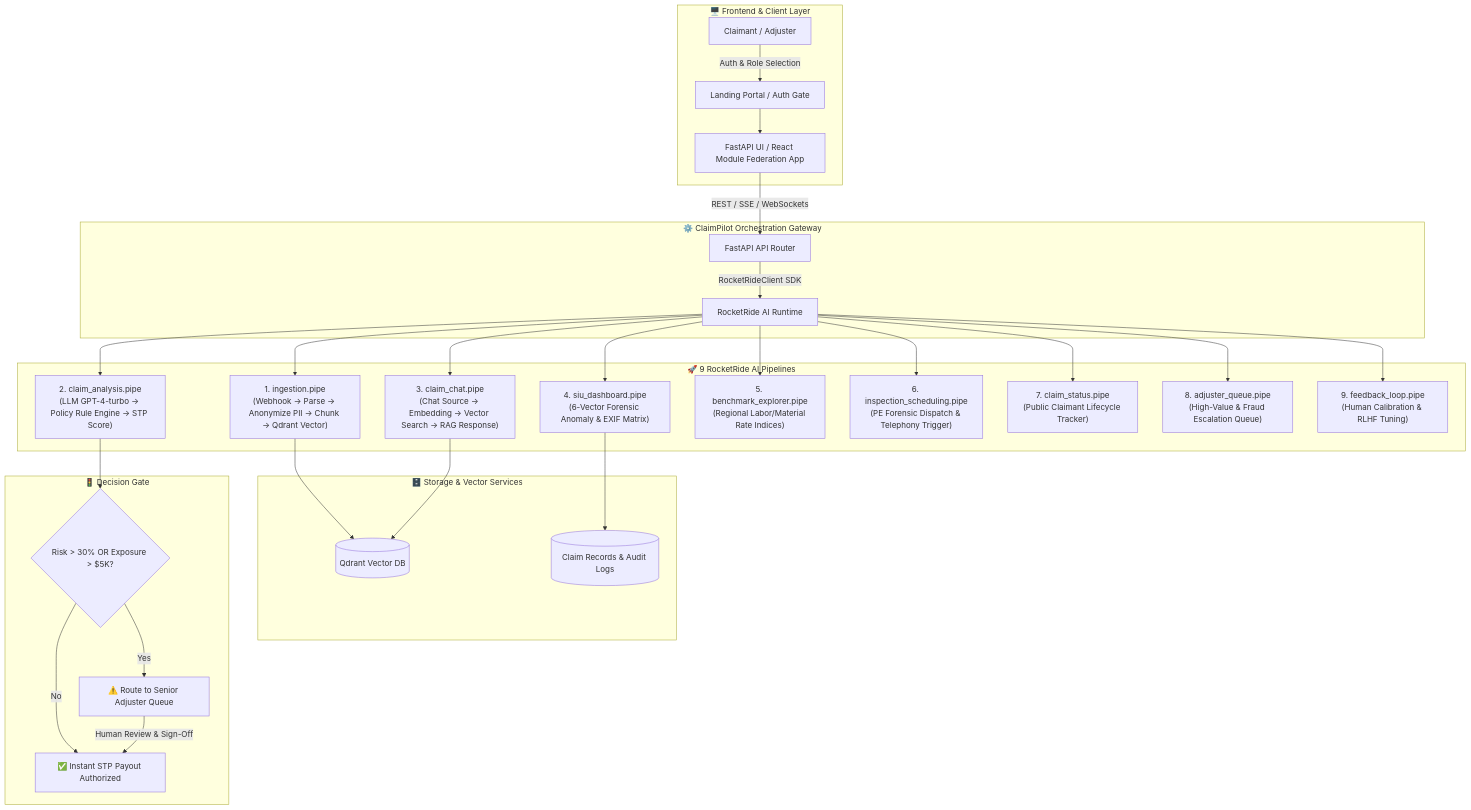
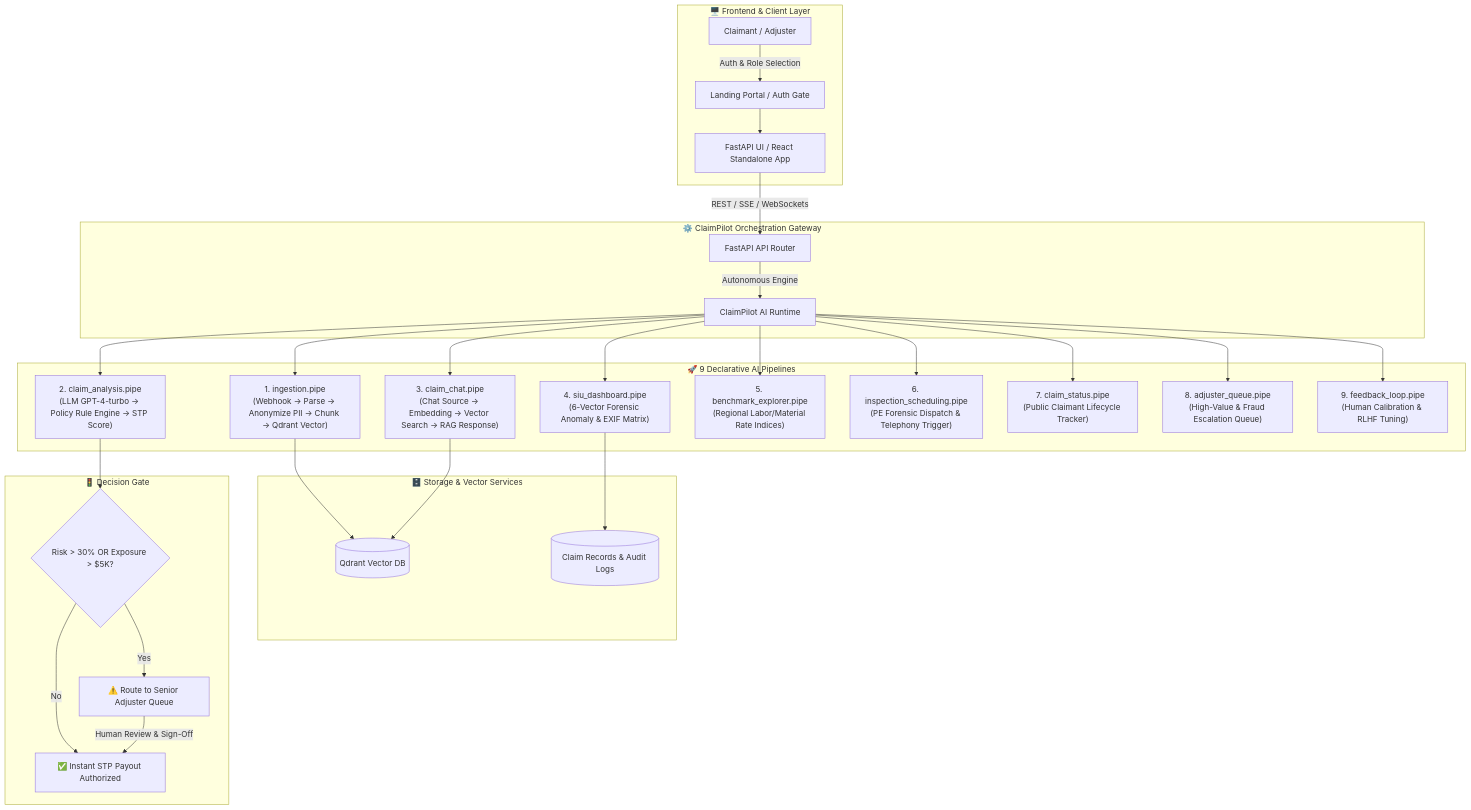
The diagram in README.md (tarunagnihotri534/ClaimVertex), drawn with Mermaid before and after one commit. The commit also changed other lines of this file and 23 other files, not shown here.

Commit message:
feat: decouple from RocketRide and make ClaimPilot 100% autonomous standalone

````diff
--- a/README.md
+++ b/README.md
@@ -56,37 +55,37 @@
 ```mermaid
 flowchart TD
     subgraph ClientLayer["🖥️ Frontend & Client Layer"]
         A[Claimant / Adjuster] -->|Auth & Role Selection| B[Landing Portal / Auth Gate]
-        B --> C[FastAPI UI / React Module Federation App]
+        B --> C[FastAPI UI / React Standalone App]
     end
 
     subgraph CoreEngine["⚙️ ClaimPilot Orchestration Gateway"]
         C -->|REST / SSE / WebSockets| D[FastAPI API Router]
-        D -->|RocketRideClient SDK| E[RocketRide AI Runtime]
+        D -->|Autonomous Engine| E[ClaimPilot AI Runtime]
     end
 
-    subgraph RocketRideDAGs["🚀 9 RocketRide AI Pipelines"]
+    subgraph PipelineDAGs["🚀 9 Declarative AI Pipelines"]
         E --> P1["1. ingestion.pipe\n(Webhook → Parse → Anonymize PII → Chunk → Qdrant Vector)"]
         E --> P2["2. claim_analysis.pipe\n(LLM GPT-4-turbo → Policy Rule Engine → STP Score)"]
         E --> P3["3. claim_chat.pipe\n(Chat Source → Embedding → Vector Search → RAG Response)"]
         E --> P4["4. siu_dashboard.pipe\n(6-Vector Forensic Anomaly & EXIF Matrix)"]
         E --> P5["5. benchmark_explorer.pipe\n(Regional Labor/Material Rate Indices)"]
         E --> P6["6. inspection_scheduling.pipe\n(PE Forensic Dispatch & Telephony Trigger)"]
         E --> P7["7. claim_status.pipe\n(Public Claimant Lifecycle Tracker)"]
         E --> P8["8. adjuster_queue.pipe\n(High-Value & Fraud Escalation Queue)"]
         E --> P9["9. feedback_loop.pipe\n(Human Calibration & RLHF Tuning)"]
     end
 
     subgraph DataStore["🗄️ Storage & Vector Services"]
         P1 --> Q[(Qdrant Vector DB)]
         P3 --> Q
         P4 --> DB[(Claim Records & Audit Logs)]
     end
 
     subgraph Decision["🚦 Decision Gate"]
         P2 --> G{Risk > 30% OR Exposure > $5K?}
         G -- No --> H[✅ Instant STP Payout Authorized]
         G -- Yes --> I[⚠️ Route to Senior Adjuster Queue]
         I -->|Human Review & Sign-Off| H
     end
 ```
````
